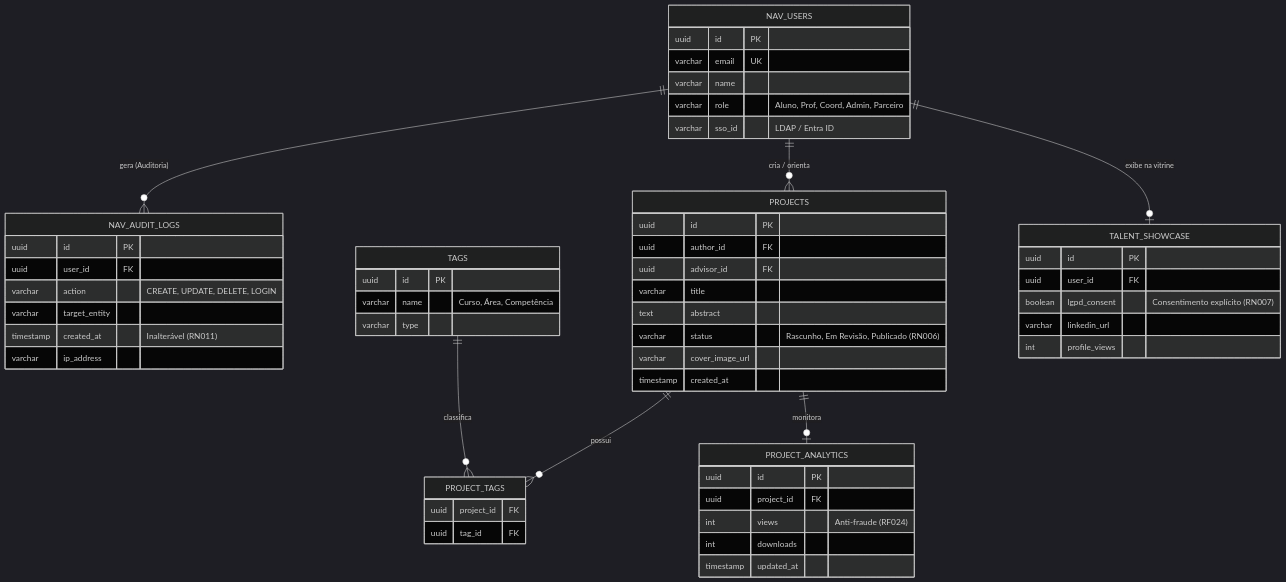
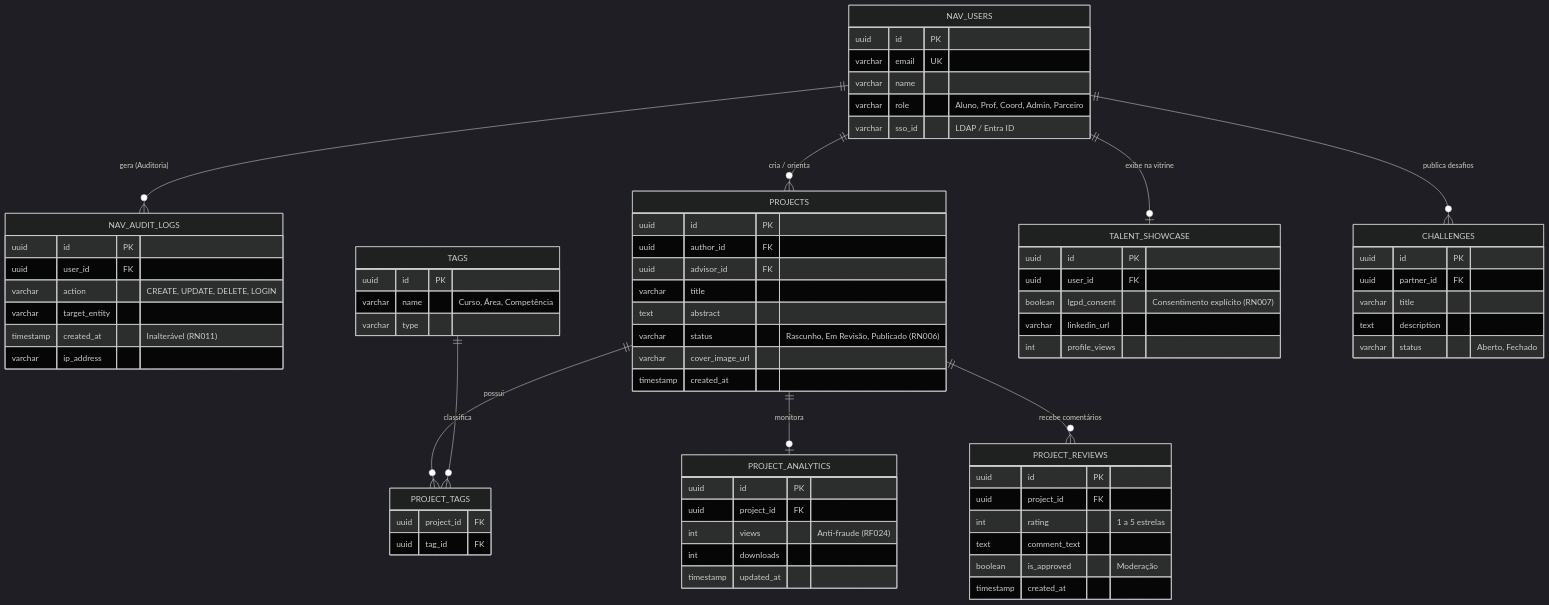
The first of 7 diagrams in projeto_navi_arquitetura.md (gabrielfranca42/DOC), drawn with Mermaid (dark theme) before and after one commit. The commit also changed other lines of this file, not shown here.

Commit message:
DOC(navi): ajustes em diagrams e libs que ficou faltando

````diff
--- a/projeto_navi_arquitetura.md
+++ b/projeto_navi_arquitetura.md
@@ -116,10 +116,29 @@
         timestamp updated_at
     }
 
+    PROJECT_REVIEWS {
+        uuid id PK
+        uuid project_id FK
+        int rating "1 a 5 estrelas"
+        text comment_text
+        boolean is_approved "Moderação"
+        timestamp created_at
+    }
+
+    CHALLENGES {
+        uuid id PK
+        uuid partner_id FK
+        varchar title
+        text description
+        varchar status "Aberto, Fechado"
+    }
+
     NAV_USERS ||--o{ NAV_AUDIT_LOGS : "gera (Auditoria)"
     NAV_USERS ||--o{ PROJECTS : "cria / orienta"
     PROJECTS ||--o{ PROJECT_TAGS : "possui"
     TAGS ||--o{ PROJECT_TAGS : "classifica"
     NAV_USERS ||--o| TALENT_SHOWCASE : "exibe na vitrine"
     PROJECTS ||--o| PROJECT_ANALYTICS : "monitora"
+    PROJECTS ||--o{ PROJECT_REVIEWS : "recebe comentários"
+    NAV_USERS ||--o{ CHALLENGES : "publica desafios"
 ```
````
